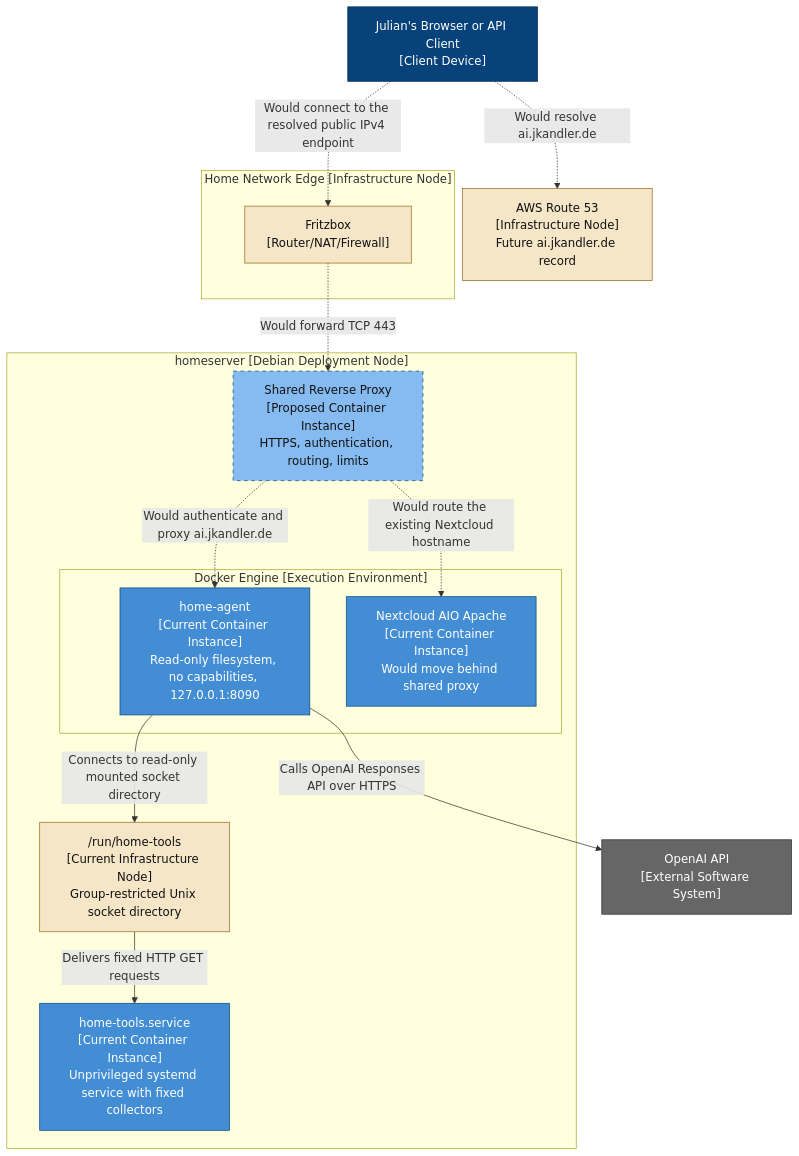
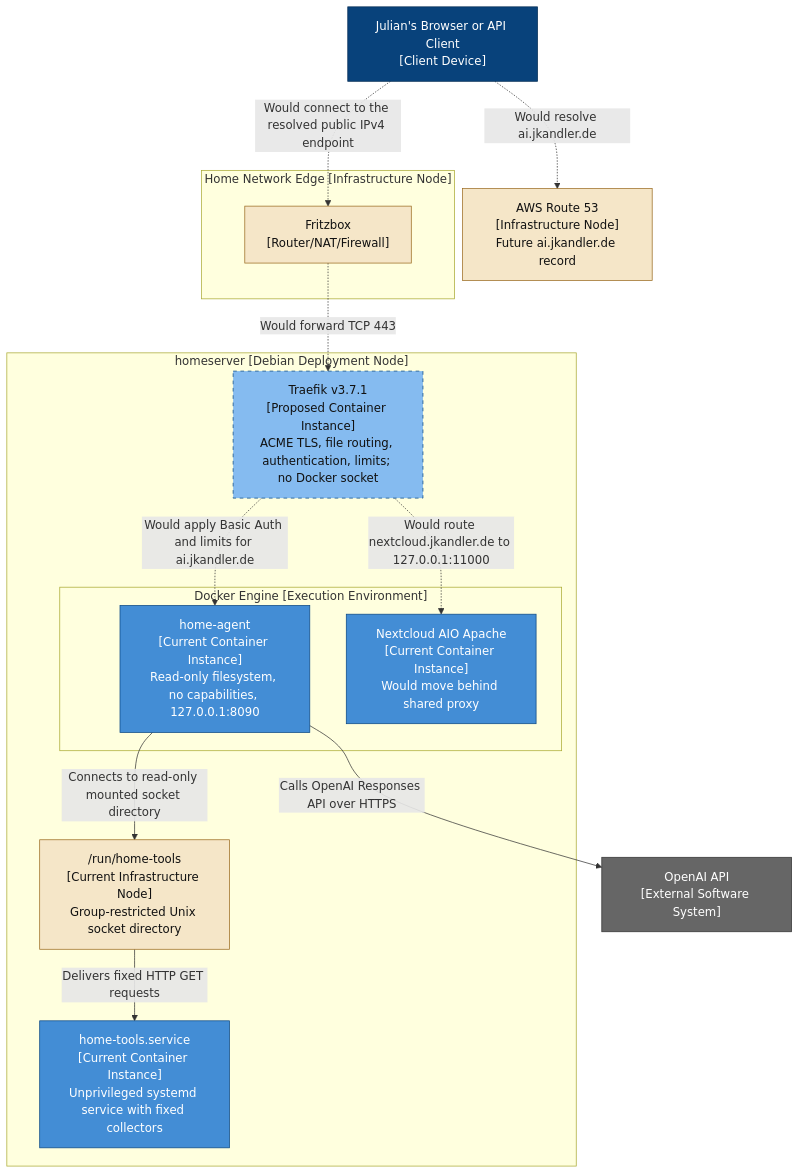
The diagram in docs/architecture/proposed/deployment.md (KandlerLi/home-infra-docs), drawn with Mermaid before and after one commit. The commit also changed other lines of this file and 7 other files, not shown here.

````diff
--- a/docs/architecture/proposed/deployment.md
+++ b/docs/architecture/proposed/deployment.md
@@ -7,42 +7,42 @@
 ```mermaid
 flowchart TB
     user["Julian's Browser or API Client<br/>[Client Device]"]
     route53["AWS Route 53<br/>[Infrastructure Node]<br/>Future ai.jkandler.de record"]
     cloud["OpenAI API<br/>[External Software System]"]
 
     subgraph edge["Home Network Edge [Infrastructure Node]"]
         fritzbox["Fritzbox<br/>[Router/NAT/Firewall]"]
     end
 
     subgraph host["homeserver [Debian Deployment Node]"]
-        proxy["Shared Reverse Proxy<br/>[Proposed Container Instance]<br/>HTTPS, authentication, routing, limits"]
+        proxy["Traefik v3.7.1<br/>[Proposed Container Instance]<br/>ACME TLS, file routing, authentication, limits; no Docker socket"]
         tools["home-tools.service<br/>[Current Container Instance]<br/>Unprivileged systemd service with fixed collectors"]
         socket["/run/home-tools<br/>[Current Infrastructure Node]<br/>Group-restricted Unix socket directory"]
 
         subgraph docker["Docker Engine [Execution Environment]"]
             agent["home-agent<br/>[Current Container Instance]<br/>Read-only filesystem, no capabilities, 127.0.0.1:8090"]
             nextcloud["Nextcloud AIO Apache<br/>[Current Container Instance]<br/>Would move behind shared proxy"]
         end
     end
 
     user -.->|"Would resolve ai.jkandler.de"| route53
     user -.->|"Would connect to the resolved public IPv4 endpoint"| fritzbox
     fritzbox -.->|"Would forward TCP 443"| proxy
-    proxy -.->|"Would authenticate and proxy ai.jkandler.de"| agent
-    proxy -.->|"Would route the existing Nextcloud hostname"| nextcloud
+    proxy -.->|"Would apply Basic Auth and limits for ai.jkandler.de"| agent
+    proxy -.->|"Would route nextcloud.jkandler.de to 127.0.0.1:11000"| nextcloud
     agent -->|"Calls OpenAI Responses API over HTTPS"| cloud
     agent -->|"Connects to read-only mounted socket directory"| socket
     socket -->|"Delivers fixed HTTP GET requests"| tools
 
     classDef client fill:#08427b,color:#fff,stroke:#052e56
     classDef external fill:#666,color:#fff,stroke:#333
     classDef node fill:#f5e6c8,color:#111,stroke:#9b6b21
     classDef proposed fill:#85bbf0,color:#111,stroke:#0b4884,stroke-dasharray:5 5
     classDef current fill:#438dd5,color:#fff,stroke:#0b4884
     class user client
     class cloud external
     class route53,fritzbox node
     class proxy proposed
     class socket node
     class tools,agent,nextcloud current
 ```
````
